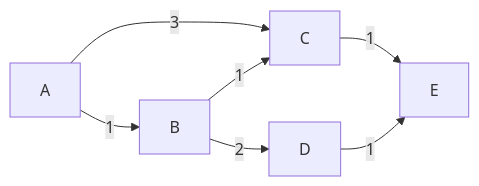
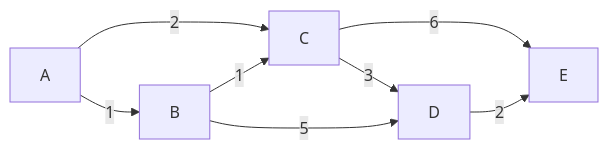
One commit to firegreen/Learn--cpp_programming changed the ninth of 9 diagrams in content/Lessons/S2/08_graphs.md. Above: the diagram before and after it, drawn with Mermaid. The commit also changed other lines of this file, not shown here.

Commit message:
✨ [S2] graphs: rewrite lesson explanation

````diff
--- a/content/Lessons/S2/08_graphs.md
+++ b/content/Lessons/S2/08_graphs.md
@@ -214,9 +262,10 @@
 ```mermaid
 graph LR
     A --1--> B
-    A --3--> C
+    A --2--> C
     B --1--> C
-    B --2--> D
-    C --1--> E
-    D --1--> E
+    C --3--> D
+    B --5--> D
+    C --6--> E
+    D --2--> E
 ```
````
